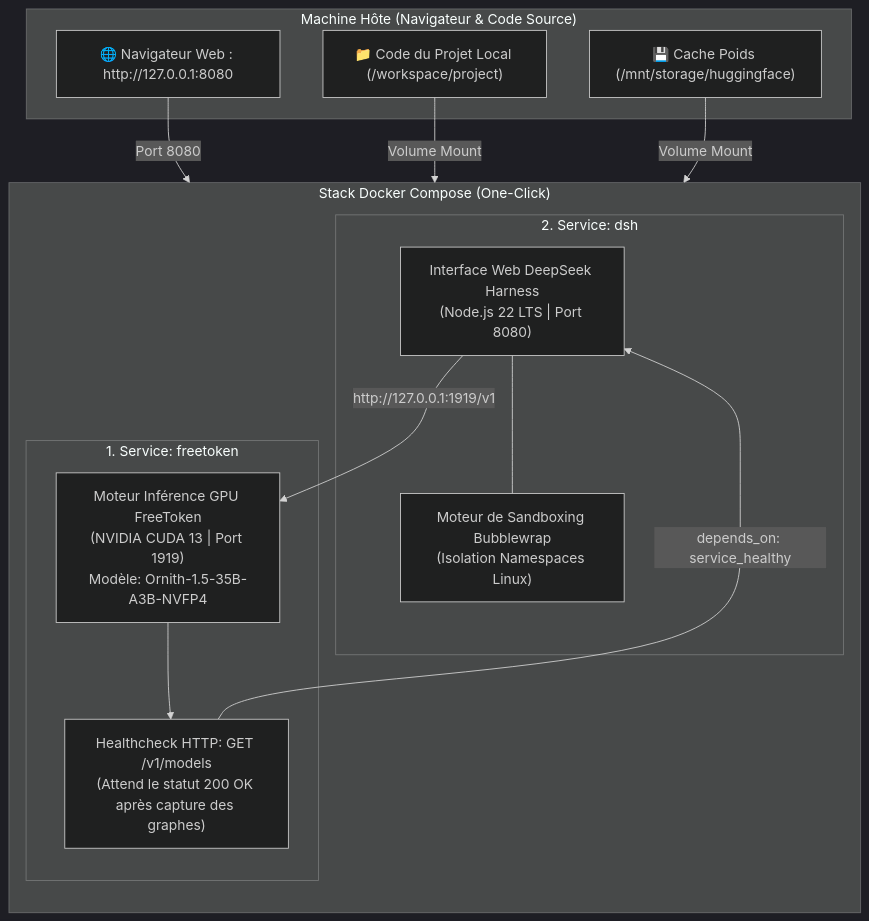
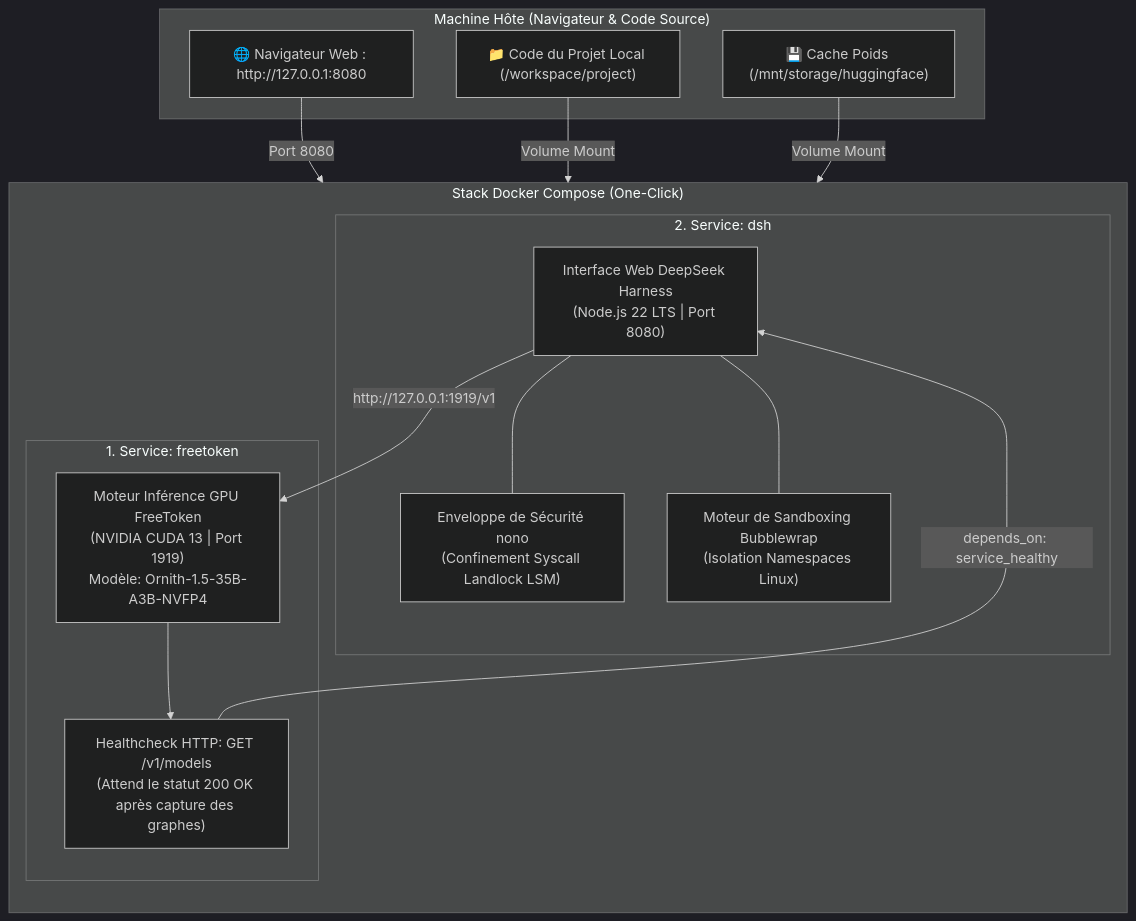
The diagram in README_FR.md (abdennebi/FreeTokenLab), drawn with Mermaid (dark theme) before and after one commit. The commit also changed other lines of this file and 4 other files, not shown here.

Commit message:
Integrate nono.sh Landlock kernel sandbox for DeepSeek Harness and add secure execution targets

````diff
--- a/README_FR.md
+++ b/README_FR.md
@@ -29,30 +32,32 @@
 ```mermaid
 flowchart TD
     subgraph Host ["Machine Hôte (Navigateur & Code Source)"]
         Browser["🌐 Navigateur Web : http://127.0.0.1:8080"]
         Workspace["📁 Code du Projet Local (/workspace/project)"]
         HFCache["💾 Cache Poids (/mnt/storage/huggingface)"]
     end
 
     subgraph ComposeStack ["Stack Docker Compose (One-Click)"]
         direction TB
         subgraph S1 ["1. Service: freetoken"]
             FT["Moteur Inférence GPU FreeToken\n(NVIDIA CUDA 13 | Port 1919)\nModèle: Ornith-1.5-35B-A3B-NVFP4"]
             HC["Healthcheck HTTP: GET /v1/models\n(Attend le statut 200 OK après capture des graphes)"]
         end
 
         subgraph S2 ["2. Service: dsh"]
             DSH["Interface Web DeepSeek Harness\n(Node.js 22 LTS | Port 8080)"]
+            NONO["Enveloppe de Sécurité nono\n(Confinement Syscall Landlock LSM)"]
             BWRAP["Moteur de Sandboxing Bubblewrap\n(Isolation Namespaces Linux)"]
         end
 
         FT --> HC
         HC -->|depends_on: service_healthy| DSH
         DSH -->|http://127.0.0.1:1919/v1| FT
+        DSH --- NONO
         DSH --- BWRAP
     end
 
     Browser -->|Port 8080| DSH
     Workspace -->|Volume Mount| DSH
     HFCache -->|Volume Mount| FT
 ```
````
